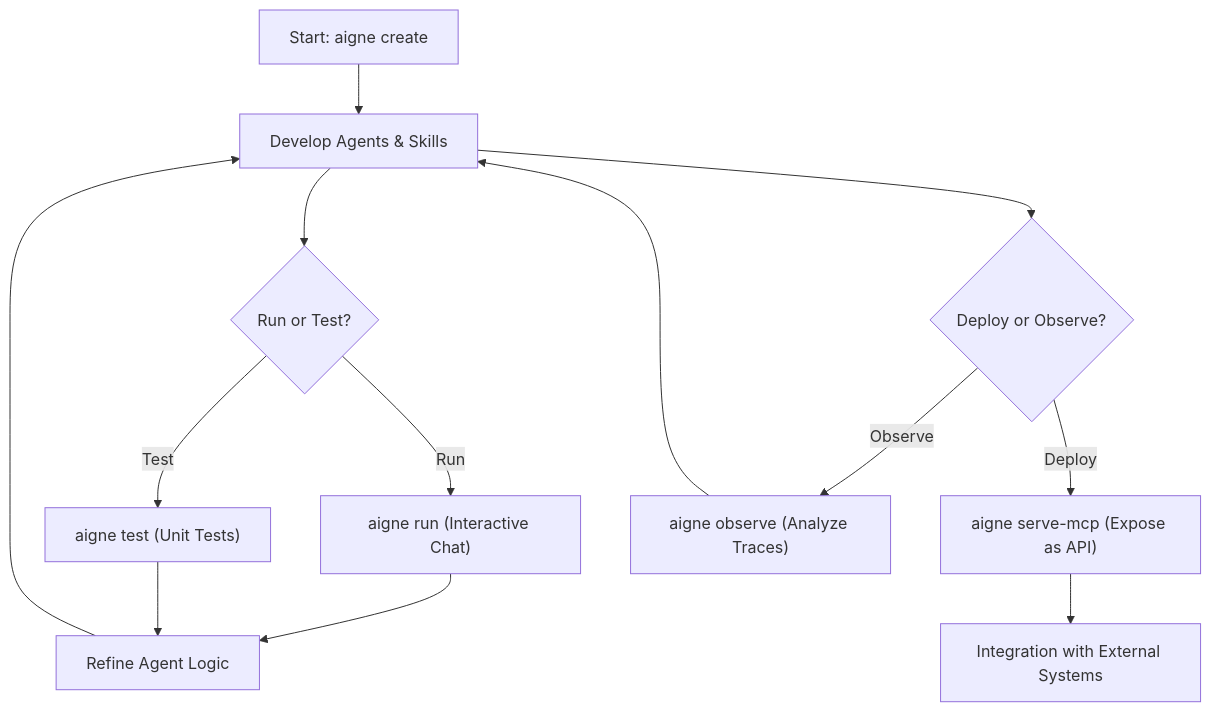
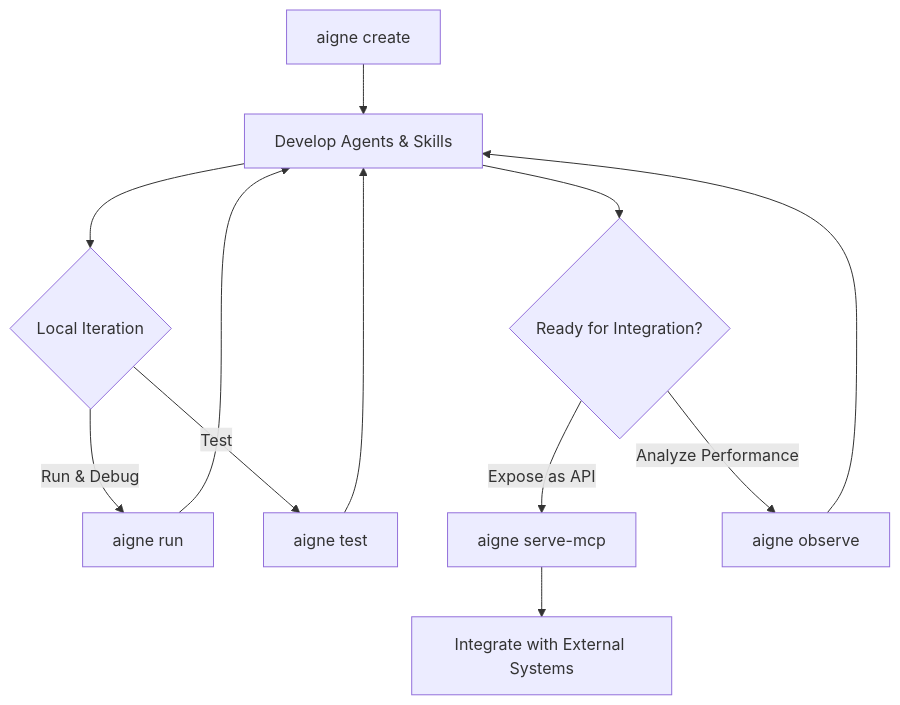
The diagram in packages/cli/docs/overview.md (AIGNE-io/aigne-framework), drawn with Mermaid before and after one commit. The commit also changed other lines of this file and 39 other files, not shown here.

````diff
--- a/packages/cli/docs/overview.md
+++ b/packages/cli/docs/overview.md
@@ -21,15 +21,14 @@
 ```mermaid
 flowchart TD
-    A["Start: aigne create"] --> B["Develop Agents & Skills"];
-    B --> C{"Run or Test?"};
-    C -- "Run" --> D["aigne run (Interactive Chat)"];
-    C -- "Test" --> E["aigne test (Unit Tests)"];
-    D --> F["Refine Agent Logic"];
-    E --> F;
-    F --> B;
-    B --> G{"Deploy or Observe?"};
-    G -- "Deploy" --> H["aigne serve-mcp (Expose as API)"];
-    G -- "Observe" --> I["aigne observe (Analyze Traces)"];
-    H --> J["Integration with External Systems"];
-    I --> B;
+    A["aigne create"] --> B["Develop Agents & Skills"];
+    B --> C{"Local Iteration"};
+    C -- "Run & Debug" --> D["aigne run"];
+    C -- "Test" --> E["aigne test"];
+    D --> B;
+    E --> B;
+    B --> F{"Ready for Integration?"};
+    F -- "Expose as API" --> G["aigne serve-mcp"];
+    F -- "Analyze Performance" --> H["aigne observe"];
+    G --> I["Integrate with External Systems"];
+    H --> B;
 ```
````
